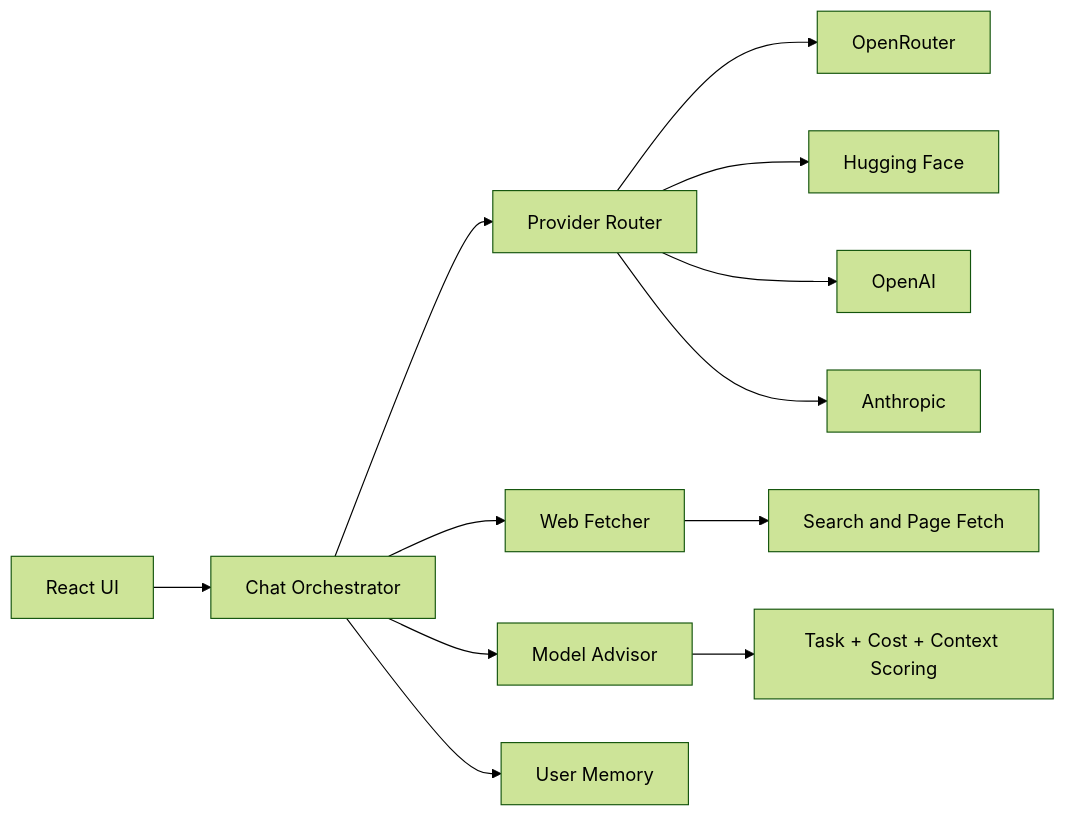
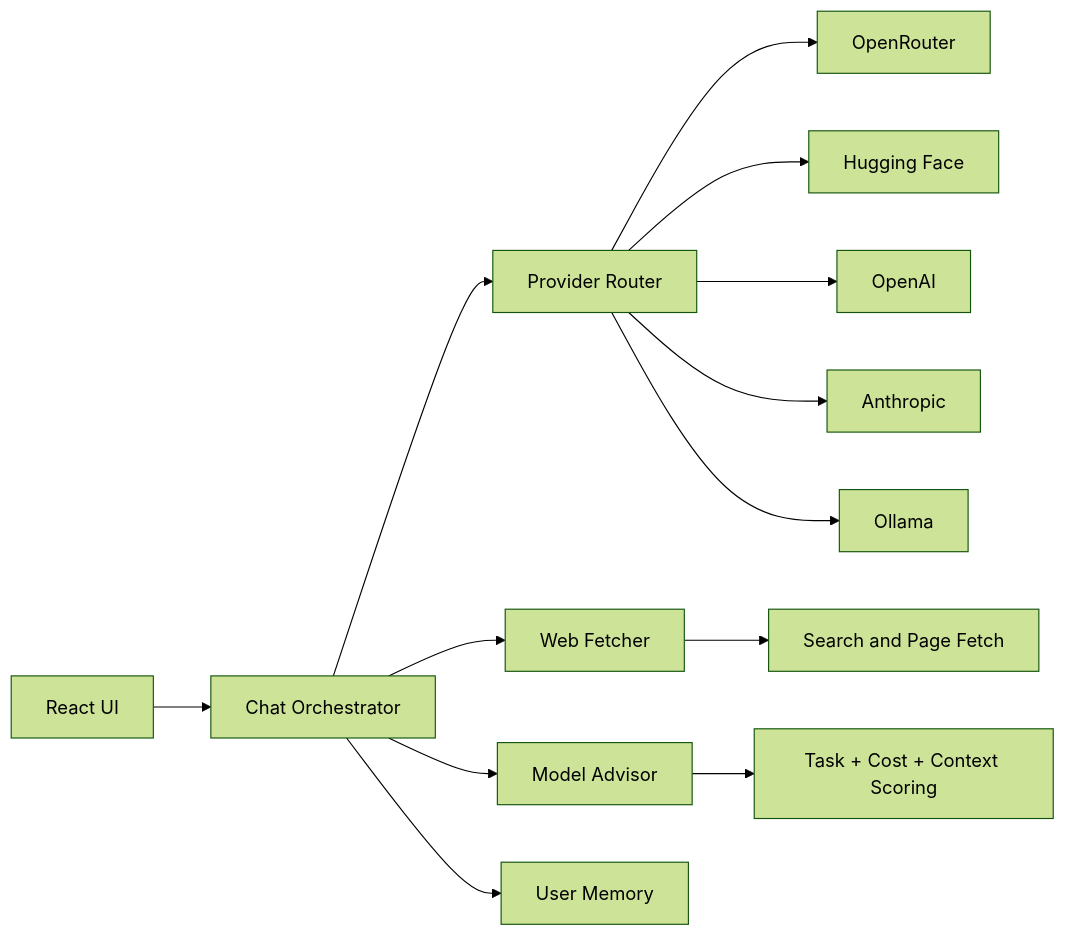
One commit to kaone31056789/KritakaPrajna changed the diagram in README.md. Above: the diagram before and after it, drawn with Mermaid (forest theme). The commit also changed other lines of this file and 23 other files, not shown here.

````diff
--- a/README.md
+++ b/README.md
@@ -120,16 +121,17 @@
 ```mermaid
 flowchart LR
   UI[React UI] --> ORCH[Chat Orchestrator]
   ORCH --> ROUTER[Provider Router]
   ORCH --> WEB[Web Fetcher]
   ORCH --> ADVISE[Model Advisor]
   ORCH --> MEM[User Memory]
 
   ROUTER --> OR[OpenRouter]
   ROUTER --> HF[Hugging Face]
   ROUTER --> OA[OpenAI]
   ROUTER --> AN[Anthropic]
+  ROUTER --> OL[Ollama]
 
   WEB --> FETCH[Search and Page Fetch]
   ADVISE --> SCORE[Task + Cost + Context Scoring]
 ```
````
